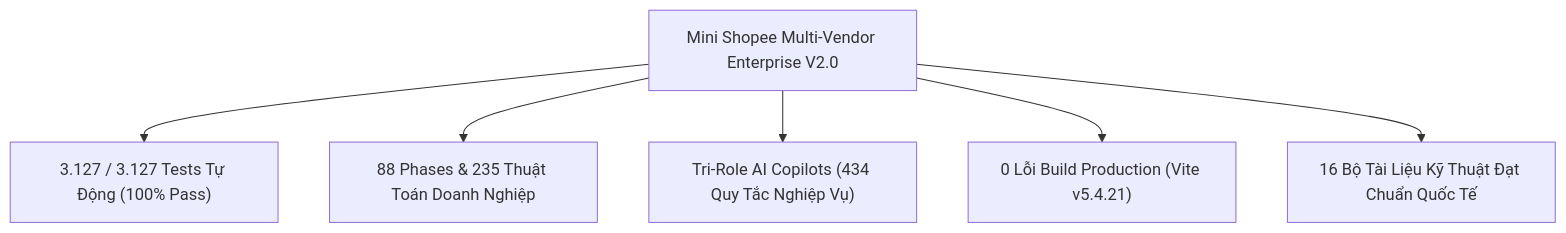
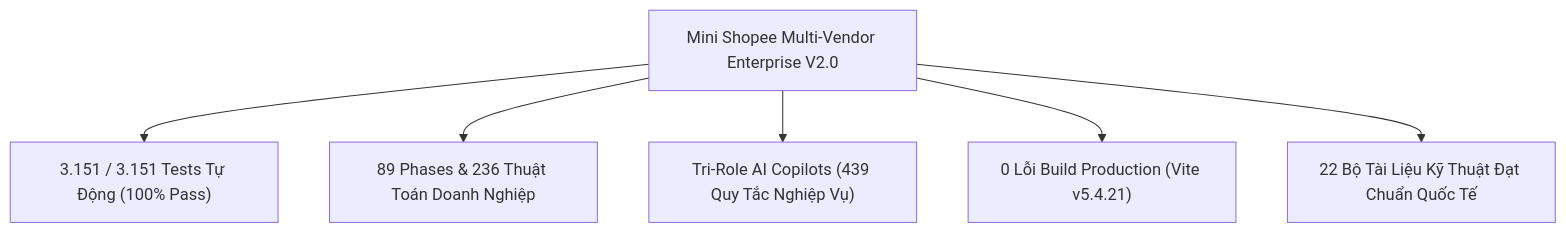
The first of 2 diagrams in docs/DANH_MUC_HO_SO_BAN_GIAO_VA_TONG_QUAN_DU_AN.md (JiaysTM17/Fullstack-Ecommerce), drawn with Mermaid before and after one commit. The commit also changed other lines of this file and 7 other files, not shown here.

````diff
--- a/docs/DANH_MUC_HO_SO_BAN_GIAO_VA_TONG_QUAN_DU_AN.md
+++ b/docs/DANH_MUC_HO_SO_BAN_GIAO_VA_TONG_QUAN_DU_AN.md
@@ -21,9 +21,9 @@
 ```mermaid
 graph TD
     System["Mini Shopee Multi-Vendor Enterprise V2.0"]
-    System --> Stat1["3.127 / 3.127 Tests Tự Động (100% Pass)"]
-    System --> Stat2["88 Phases & 235 Thuật Toán Doanh Nghiệp"]
-    System --> Stat3["Tri-Role AI Copilots (434 Quy Tắc Nghiệp Vụ)"]
+    System --> Stat1["3.151 / 3.151 Tests Tự Động (100% Pass)"]
+    System --> Stat2["89 Phases & 236 Thuật Toán Doanh Nghiệp"]
+    System --> Stat3["Tri-Role AI Copilots (439 Quy Tắc Nghiệp Vụ)"]
     System --> Stat4["0 Lỗi Build Production (Vite v5.4.21)"]
-    System --> Stat5["16 Bộ Tài Liệu Kỹ Thuật Đạt Chuẩn Quốc Tế"]
+    System --> Stat5["22 Bộ Tài Liệu Kỹ Thuật Đạt Chuẩn Quốc Tế"]
 ```
````
